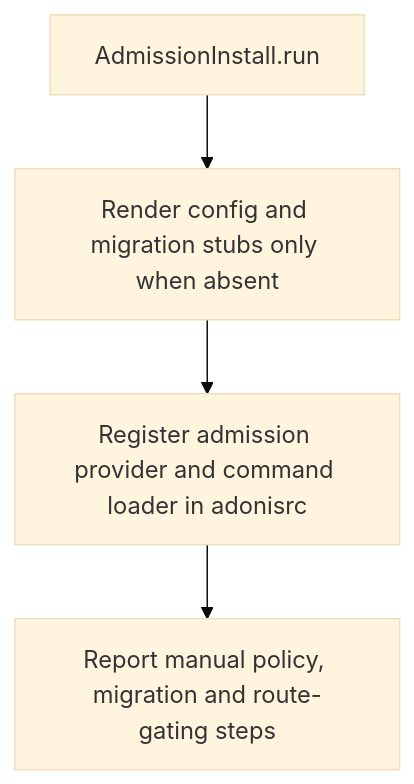
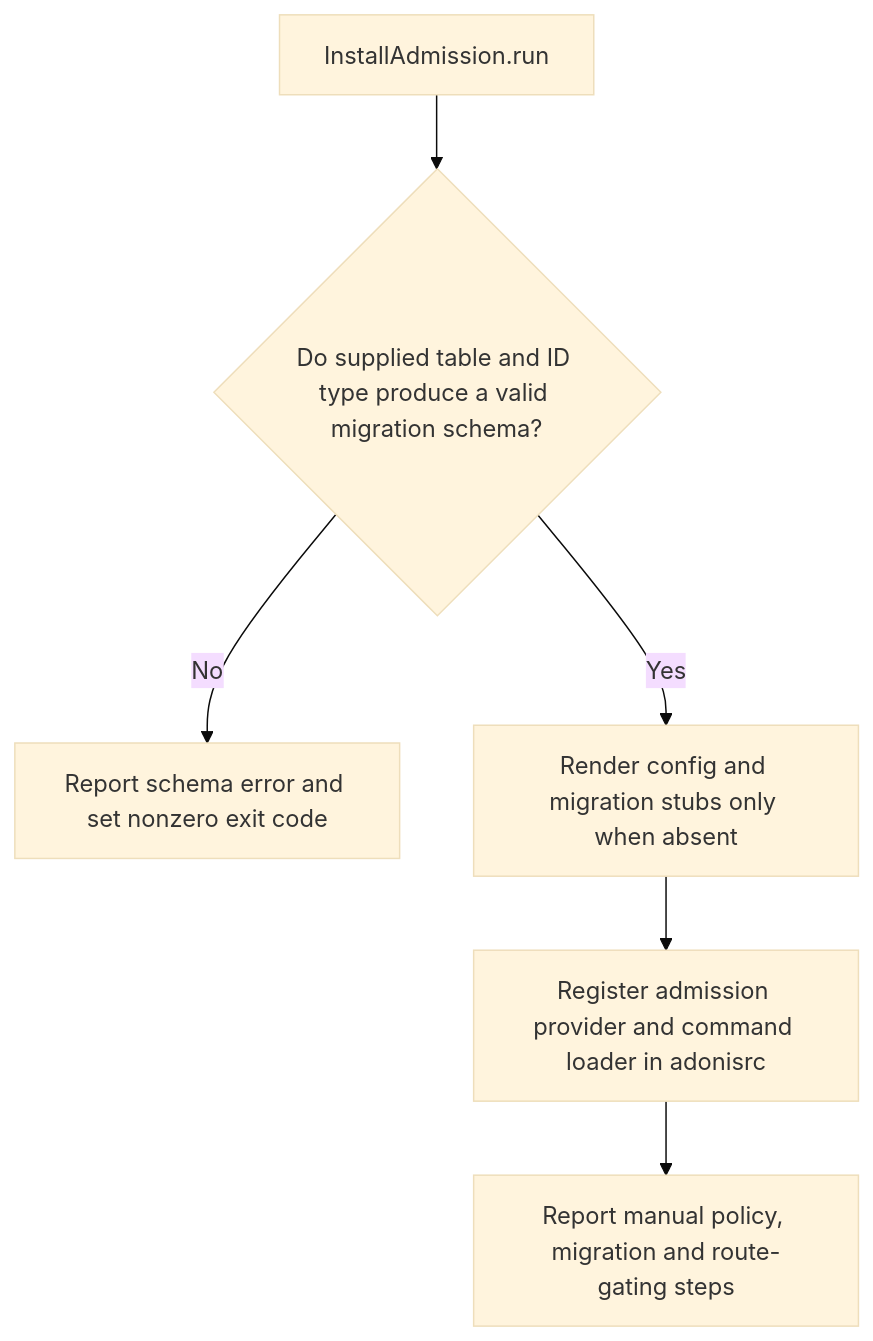
One commit to Kevinjohn/oss-adonisjs-account-kit changed the second of 2 diagrams in user-stories/US-ACCOUNT-28-install-admission.md. Above: the diagram before and after it, drawn with Mermaid (base theme). The commit also changed other lines of this file and 7 other files, not shown here.

````diff
--- a/user-stories/US-ACCOUNT-28-install-admission.md
+++ b/user-stories/US-ACCOUNT-28-install-admission.md
@@ -32,6 +32,8 @@
 ```mermaid
 flowchart TD
- A["AdmissionInstall.run"] --> B["Render config and migration stubs only when absent"]
- B --> C["Register admission provider and command loader in adonisrc"]
- C --> D["Report manual policy, migration and route-gating steps"]
+ A["InstallAdmission.run"] --> B{"Do supplied table and ID type produce a valid migration schema?"}
+ B -->|No| C["Report schema error and set nonzero exit code"]
+ B -->|Yes| D["Render config and migration stubs only when absent"]
+ D --> E["Register admission provider and command loader in adonisrc"]
+ E --> F["Report manual policy, migration and route-gating steps"]
 ```
````
